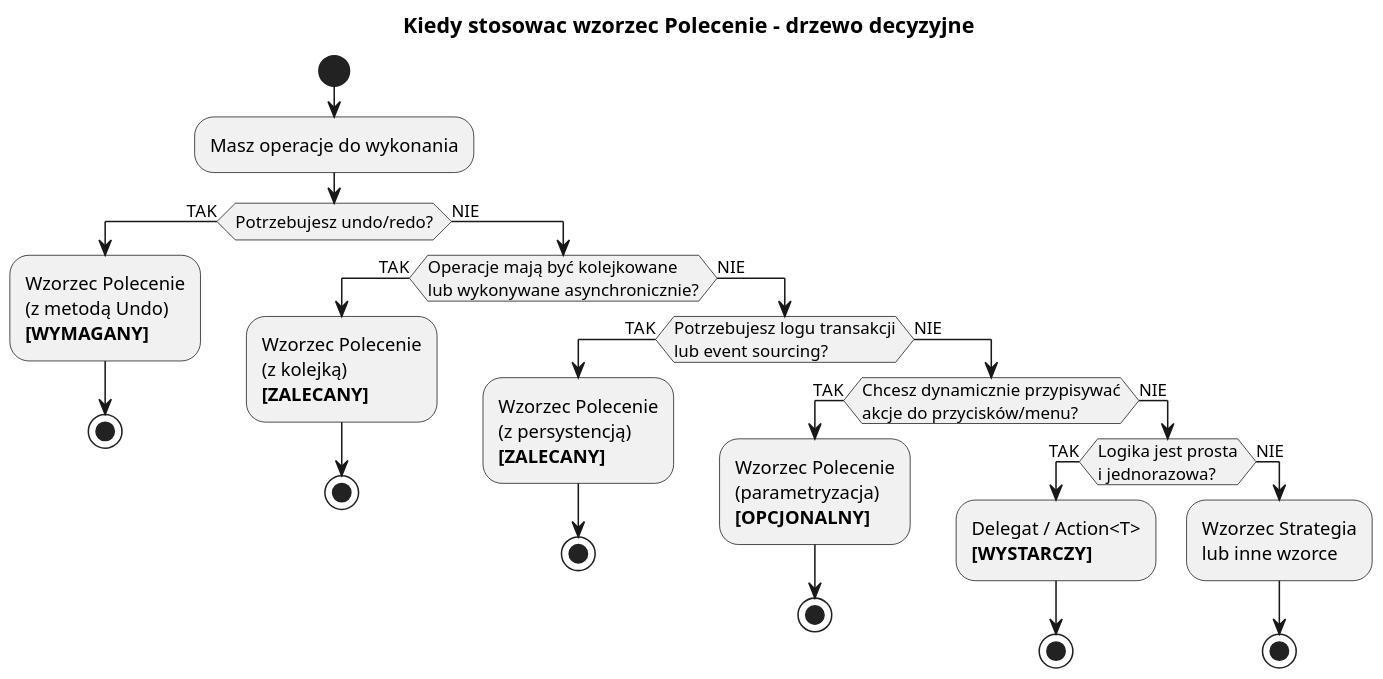
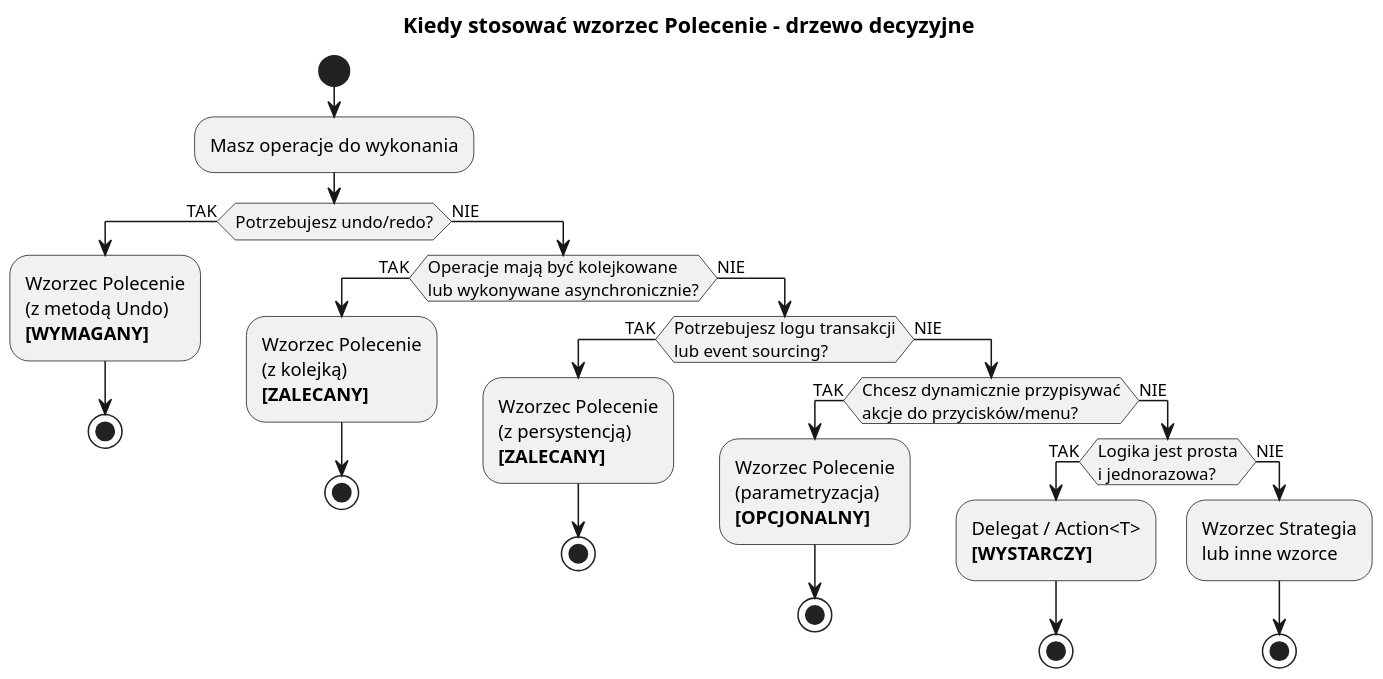
The diagram in src/14-polecenie/02-kiedy-stosowac-zalety-wady/diagrams/01-decision-tree.puml (tborzyszkowski/DesignPatterns), drawn with PlantUML before and after one commit. The commit also changed 87 other files, not shown here.

```diff
--- a/src/14-polecenie/02-kiedy-stosowac-zalety-wady/diagrams/01-decision-tree.puml
+++ b/src/14-polecenie/02-kiedy-stosowac-zalety-wady/diagrams/01-decision-tree.puml
@@ -1,39 +1,39 @@
 @startuml command_decision
-title Kiedy stosowac wzorzec Polecenie - drzewo decyzyjne
+title Kiedy stosować wzorzec Polecenie - drzewo decyzyjne
 
 skinparam monochrome true
 skinparam dpi 150
 
 start
 
 :Masz operacje do wykonania;
 
 if (Potrzebujesz undo/redo?) then (TAK)
     :Wzorzec Polecenie\n(z metodą Undo)\n**[WYMAGANY]**;
     stop
 else (NIE)
     if (Operacje mają być kolejkowane\nlub wykonywane asynchronicznie?) then (TAK)
         :Wzorzec Polecenie\n(z kolejką)\n**[ZALECANY]**;
         stop
     else (NIE)
         if (Potrzebujesz logu transakcji\nlub event sourcing?) then (TAK)
             :Wzorzec Polecenie\n(z persystencją)\n**[ZALECANY]**;
             stop
         else (NIE)
             if (Chcesz dynamicznie przypisywać\nakcje do przycisków/menu?) then (TAK)
                 :Wzorzec Polecenie\n(parametryzacja)\n**[OPCJONALNY]**;
                 stop
             else (NIE)
                 if (Logika jest prosta\ni jednorazowa?) then (TAK)
                     :Delegat / Action<T>\n**[WYSTARCZY]**;
                     stop
                 else (NIE)
                     :Wzorzec Strategia\nlub inne wzorce;
                     stop
                 endif
             endif
         endif
     endif
 endif
 
 @enduml
```
